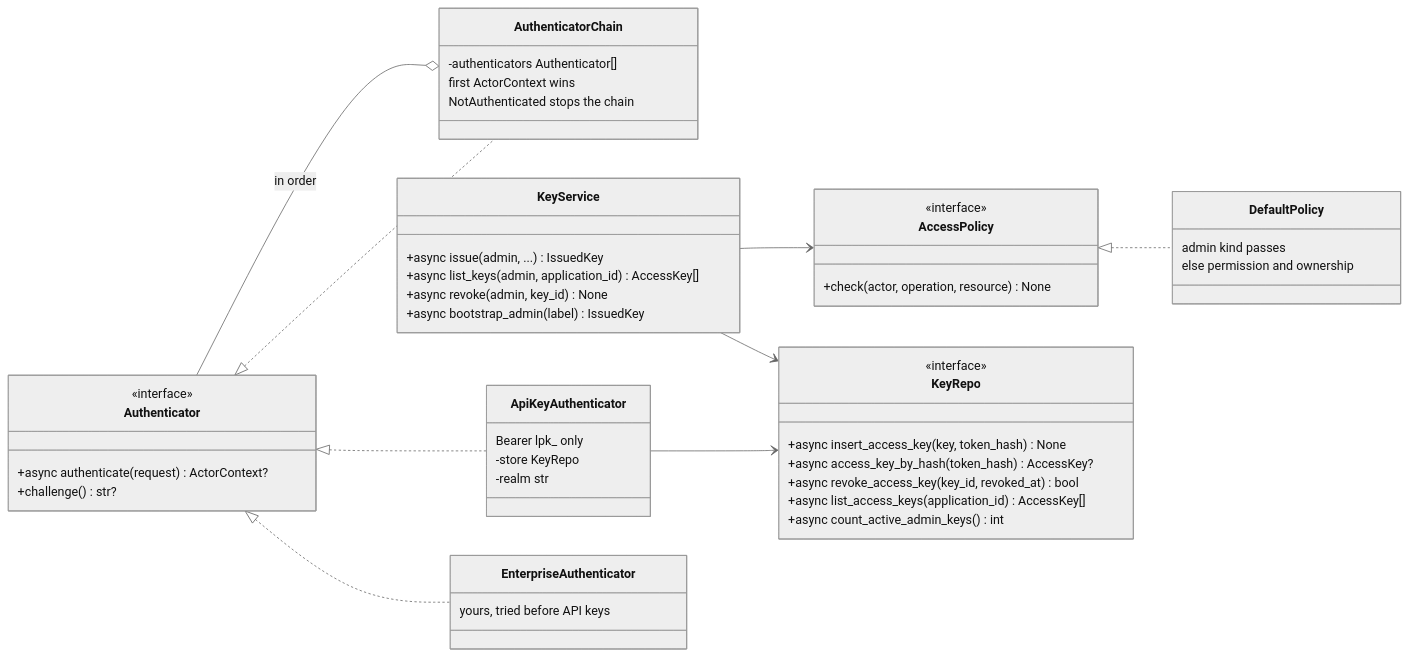
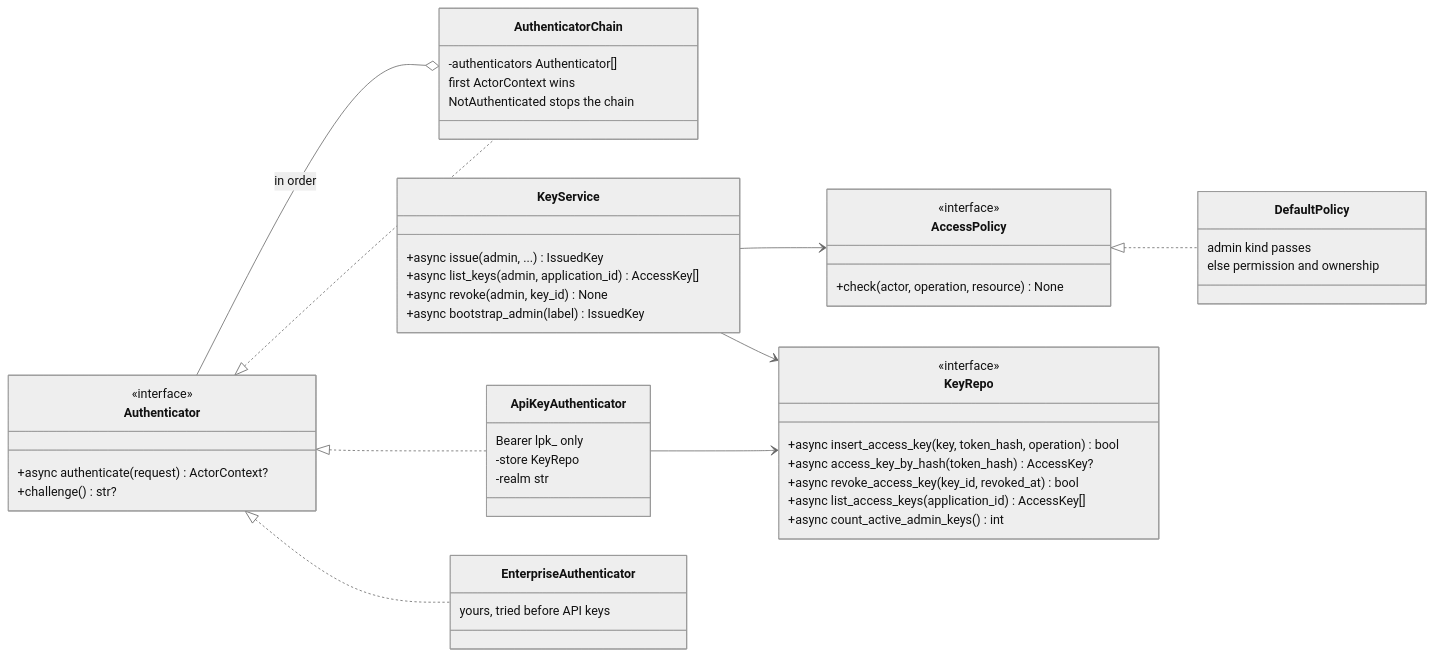
The third of 18 diagrams in docs/design-docs/interfaces-and-http-servers.md (NE-Build-Track/livepeer-builder-core), drawn with Mermaid (neutral theme) before and after one commit. The commit also changed other lines of this file and 41 other files, not shown here.

````diff
--- a/docs/design-docs/interfaces-and-http-servers.md
+++ b/docs/design-docs/interfaces-and-http-servers.md
@@ -199,52 +199,52 @@
 ```mermaid
 classDiagram
     direction LR
     class Authenticator {
         <<interface>>
         +async authenticate(request) ActorContext?
         +challenge() str?
     }
     class AccessPolicy {
         <<interface>>
         +check(actor, operation, resource) None
     }
     class KeyRepo {
         <<interface>>
-        +async insert_access_key(key, token_hash) None
+        +async insert_access_key(key, token_hash, operation) bool
         +async access_key_by_hash(token_hash) AccessKey?
         +async revoke_access_key(key_id, revoked_at) bool
         +async list_access_keys(application_id) AccessKey[]
         +async count_active_admin_keys() int
     }
     class AuthenticatorChain {
         -authenticators Authenticator[]
         first ActorContext wins
         NotAuthenticated stops the chain
     }
     class ApiKeyAuthenticator {
         Bearer lpk_ only
         -store KeyRepo
         -realm str
     }
     class DefaultPolicy {
         admin kind passes
         else permission and ownership
     }
     class KeyService {
         +async issue(admin, ...) IssuedKey
         +async list_keys(admin, application_id) AccessKey[]
         +async revoke(admin, key_id) None
         +async bootstrap_admin(label) IssuedKey
     }
     class EnterpriseAuthenticator {
         yours, tried before API keys
     }
     Authenticator <|.. AuthenticatorChain
     Authenticator <|.. ApiKeyAuthenticator
     Authenticator <|.. EnterpriseAuthenticator
     AuthenticatorChain o-- Authenticator : in order
     ApiKeyAuthenticator --> KeyRepo
     KeyService --> KeyRepo
     KeyService --> AccessPolicy
     AccessPolicy <|.. DefaultPolicy
 ```
````
